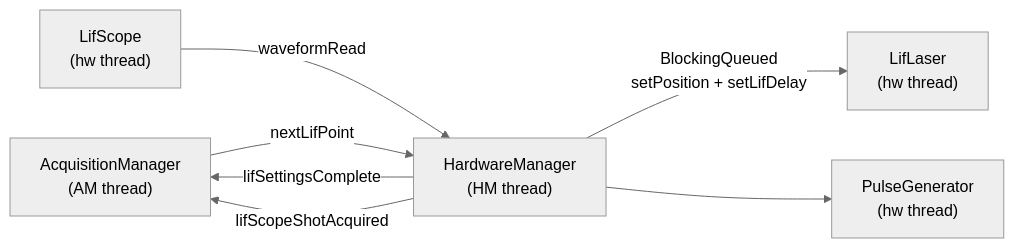
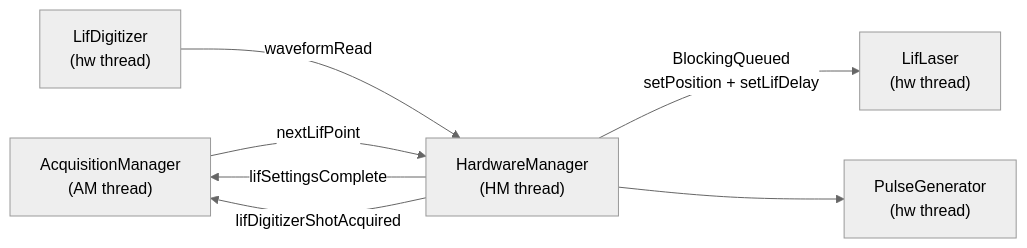
Before and after one commit to kncrabtree/blackchirp: the diagram in doc/source/developer_guide/lif_acquisition.rst, drawn with Mermaid (neutral theme). The commit also changed other lines of this file and 124 other files, not shown here.

First line of the commit message:
Rename FtmwScope/LifScope to FtmwDigitizer/LifDigitizer

```diff
--- a/doc/source/developer_guide/lif_acquisition.rst
+++ b/doc/source/developer_guide/lif_acquisition.rst
@@ -145,14 +145,14 @@
 .. mermaid::
 
    flowchart LR
        AM["AcquisitionManager<br/>(AM thread)"]
        HM["HardwareManager<br/>(HM thread)"]
        LL["LifLaser<br/>(hw thread)"]
        PG["PulseGenerator<br/>(hw thread)"]
-       LS["LifScope<br/>(hw thread)"]
+       LS["LifDigitizer<br/>(hw thread)"]
        AM -- "nextLifPoint" --> HM
        HM -- "BlockingQueued<br/>setPosition + setLifDelay" --> LL
        HM -- " " --> PG
        HM -- "lifSettingsComplete" --> AM
        LS -- "waveformRead" --> HM
-       HM -- "lifScopeShotAcquired" --> AM
+       HM -- "lifDigitizerShotAcquired" --> AM
```
